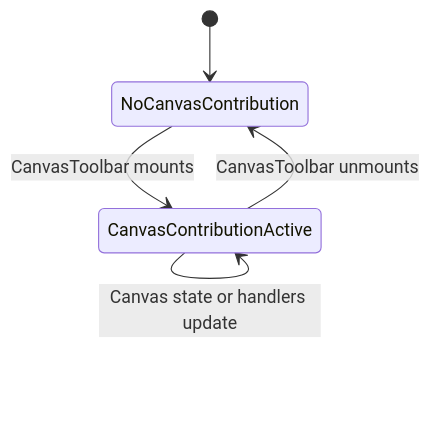
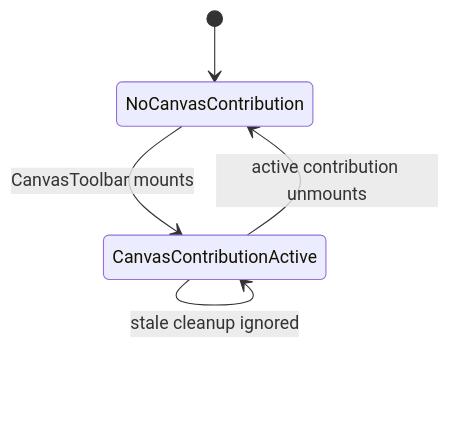
Before and after one commit to dunay2/dvt: the first of 2 diagrams in docs/architecture/components/web/graph/canvas-view-menu-component.md, drawn with Mermaid. The commit also changed other lines of this file and 4 other files, not shown here.

Commit message:
fix(web): Guard canvas view menu cleanup

````diff
--- a/docs/architecture/components/web/graph/canvas-view-menu-component.md
+++ b/docs/architecture/components/web/graph/canvas-view-menu-component.md
@@ -58,7 +60,8 @@
 ```mermaid
 stateDiagram-v2
   [*] --> NoCanvasContribution
   NoCanvasContribution --> CanvasContributionActive: CanvasToolbar mounts
   CanvasContributionActive --> CanvasContributionActive: Canvas state or handlers update
-  CanvasContributionActive --> NoCanvasContribution: CanvasToolbar unmounts
+  CanvasContributionActive --> CanvasContributionActive: stale cleanup ignored
+  CanvasContributionActive --> NoCanvasContribution: active contribution unmounts
 ```
````
